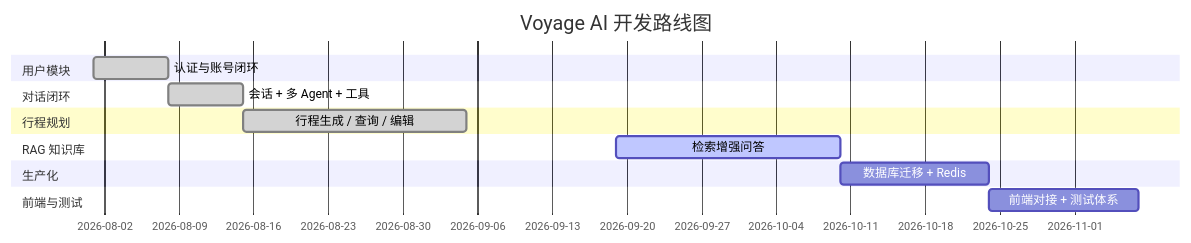
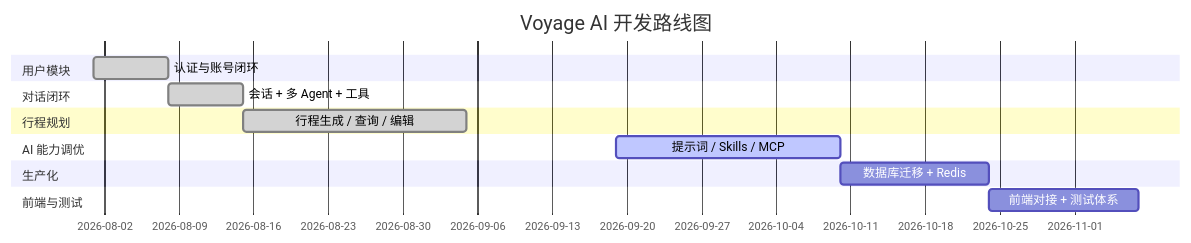
The fifth of 5 diagrams in README.md (Luoqiaocong/voyage), drawn with Mermaid before and after one commit. The commit also changed other lines of this file, not shown here.

First line of the commit message:
docs(readme): 同步调整 RAG 标记为已搁置

````diff
--- a/README.md
+++ b/README.md
@@ -201,23 +201,23 @@
 ```mermaid
 gantt
     title Voyage AI 开发路线图
     dateFormat  YYYY-MM-DD
 
     section 用户模块
     认证与账号闭环        :done, p1, 2026-08-01, 7d
 
     section 对话闭环
     会话 + 多 Agent + 工具  :done, p2, 2026-08-08, 7d
 
     section 行程规划
     行程生成 / 查询 / 编辑  :done, p3, 2026-08-15, 21d
 
-    section RAG 知识库
-    检索增强问答          :active, p4, 2026-09-19, 21d
+    section AI 能力调优
+    提示词 / Skills / MCP      :active, p4, 2026-09-19, 21d
 
     section 生产化
     数据库迁移 + Redis     :p5, 2026-10-10, 14d
 
     section 前端与测试
     前端对接 + 测试体系     :p6, 2026-10-24, 14d
 ```
````
